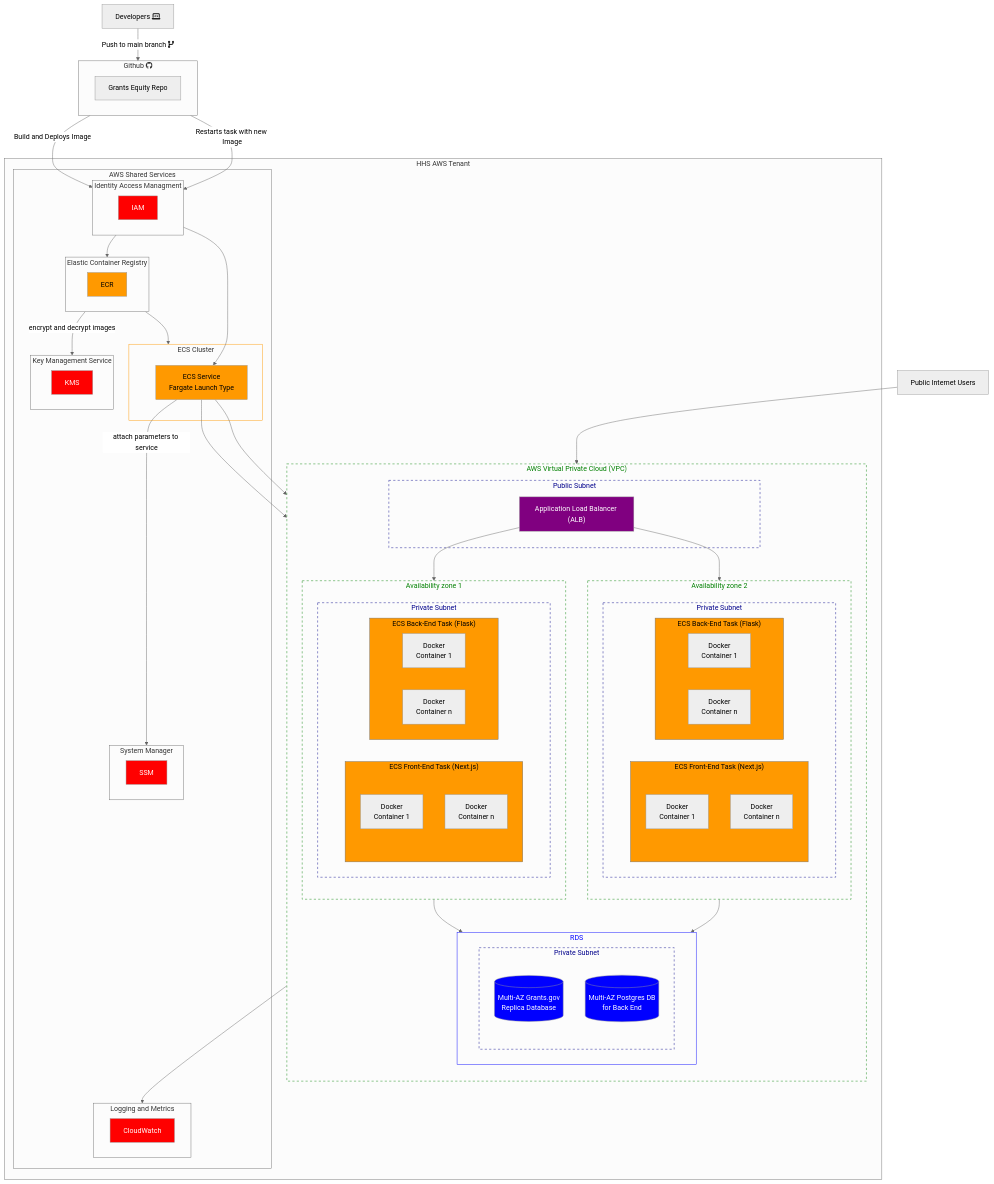
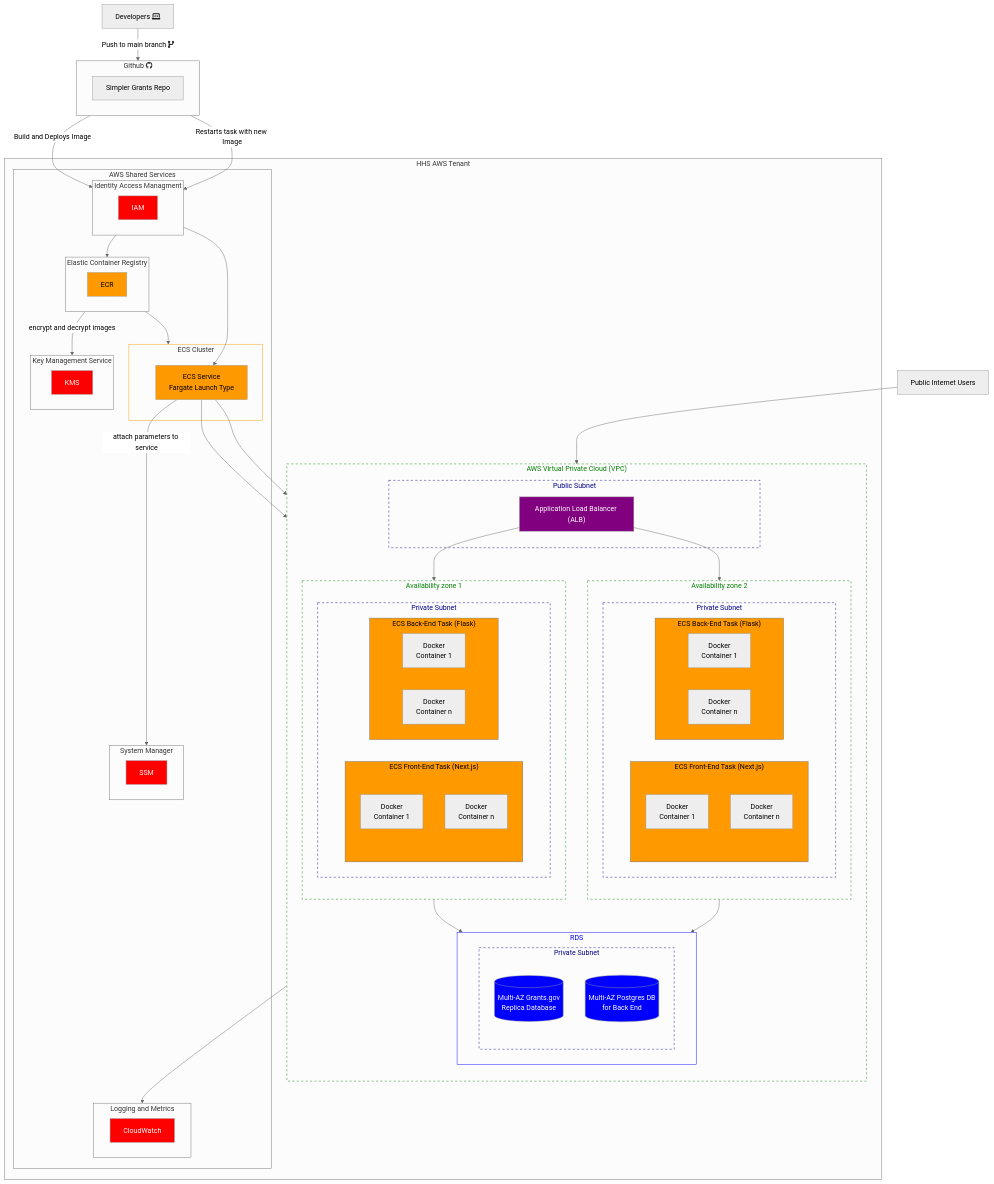
Before and after one commit to HHS/simpler-grants-gov: the first of 3 diagrams in documentation/architecture/README.md, drawn with Mermaid. The commit also changed other lines of this file and 68 other files, not shown here.

Commit message:
[ISSUE 549] Update terraform to support move to simpler.grants.gov (#608)

```diff
--- a/documentation/architecture/README.md
+++ b/documentation/architecture/README.md
@@ -132,8 +133,8 @@
     %% CI/CD Pipeline
     eng["Developers fas:fa-laptop-code"] --"Push to main branch fas:fa-code-branch"--> GH
     subgraph GH ["Github fab:fa-github"]
-        repo[Grants Equity Repo]
-        click repo href "https://github.com/HHS/grants-equity" _blank
+        repo[Simpler Grants Repo]
+        click repo href "https://github.com/HHS/simpler-grants-gov" _blank
     end
     GH --Build and Deploys Image--> iam --> ecr
     GH --Restarts task with new Image--> iam --> ECSS
```
